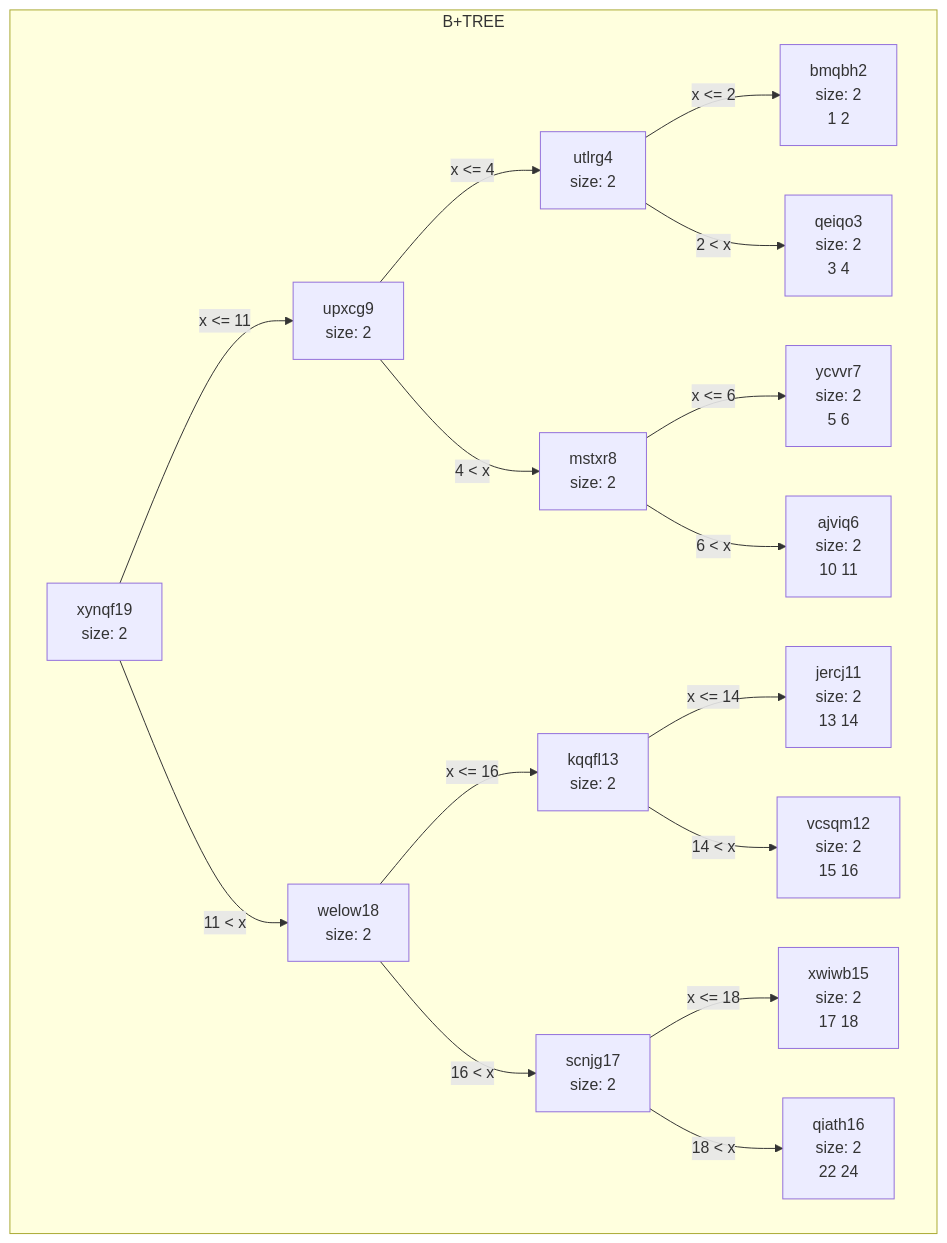
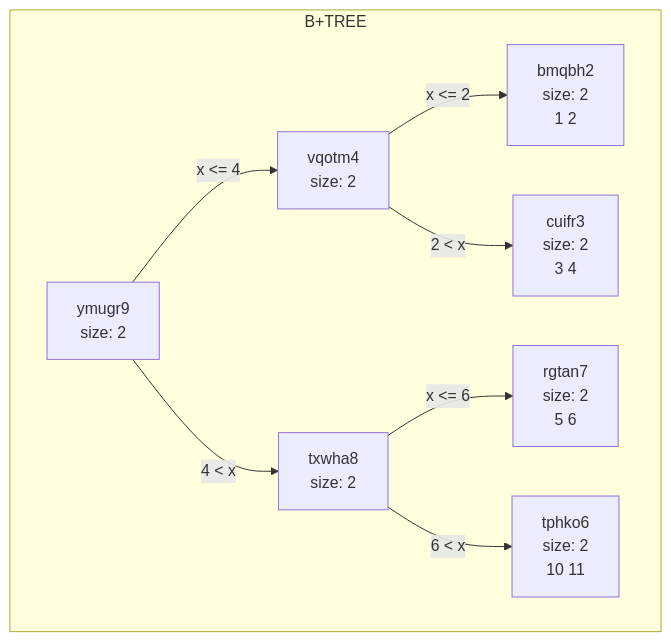
The first of 2 diagrams in data/chart.md (shiridikumar/phase1_dup), drawn with Mermaid before and after one commit. The commit also changed other lines of this file and 39 other files, not shown here.

````diff
--- a/data/chart.md
+++ b/data/chart.md
@@ -1,34 +1,18 @@
 ```mermaid
 graph TD
 subgraph B+TREE
-xynqf19[xynqf19<br/>size: 2<br/>]
-upxcg9[upxcg9<br/>size: 2<br/>]
-utlrg4[utlrg4<br/>size: 2<br/>]
+ymugr9[ymugr9<br/>size: 2<br/>]
+vqotm4[vqotm4<br/>size: 2<br/>]
 bmqbh2[bmqbh2<br/>size: 2<br/>1 2 ]
-utlrg4-->|x <= 2|bmqbh2
-qeiqo3[qeiqo3<br/>size: 2<br/>3 4 ]
-utlrg4-->|2 < x|qeiqo3
-upxcg9-->|x <= 4|utlrg4
-mstxr8[mstxr8<br/>size: 2<br/>]
-ycvvr7[ycvvr7<br/>size: 2<br/>5 6 ]
-mstxr8-->|x <= 6|ycvvr7
-ajviq6[ajviq6<br/>size: 2<br/>10 11 ]
-mstxr8-->|6 < x|ajviq6
-upxcg9-->|4 < x|mstxr8
-xynqf19-->|x <= 11|upxcg9
-welow18[welow18<br/>size: 2<br/>]
-kqqfl13[kqqfl13<br/>size: 2<br/>]
-jercj11[jercj11<br/>size: 2<br/>13 14 ]
-kqqfl13-->|x <= 14|jercj11
-vcsqm12[vcsqm12<br/>size: 2<br/>15 16 ]
-kqqfl13-->|14 < x|vcsqm12
-welow18-->|x <= 16|kqqfl13
-scnjg17[scnjg17<br/>size: 2<br/>]
-xwiwb15[xwiwb15<br/>size: 2<br/>17 18 ]
-scnjg17-->|x <= 18|xwiwb15
-qiath16[qiath16<br/>size: 2<br/>22 24 ]
-scnjg17-->|18 < x|qiath16
-welow18-->|16 < x|scnjg17
-xynqf19-->|11 < x|welow18
+vqotm4-->|x <= 2|bmqbh2
+cuifr3[cuifr3<br/>size: 2<br/>3 4 ]
+vqotm4-->|2 < x|cuifr3
+ymugr9-->|x <= 4|vqotm4
+txwha8[txwha8<br/>size: 2<br/>]
+rgtan7[rgtan7<br/>size: 2<br/>5 6 ]
+txwha8-->|x <= 6|rgtan7
+tphko6[tphko6<br/>size: 2<br/>10 11 ]
+txwha8-->|6 < x|tphko6
+ymugr9-->|4 < x|txwha8
 end
 ```
````
